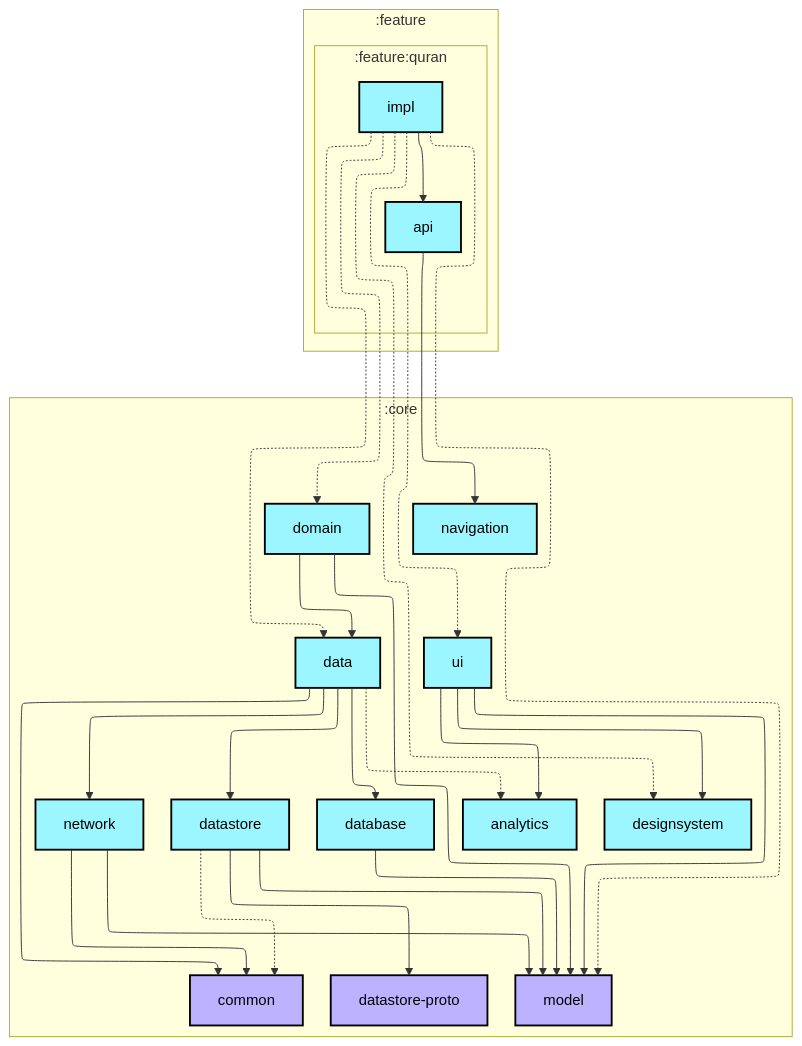
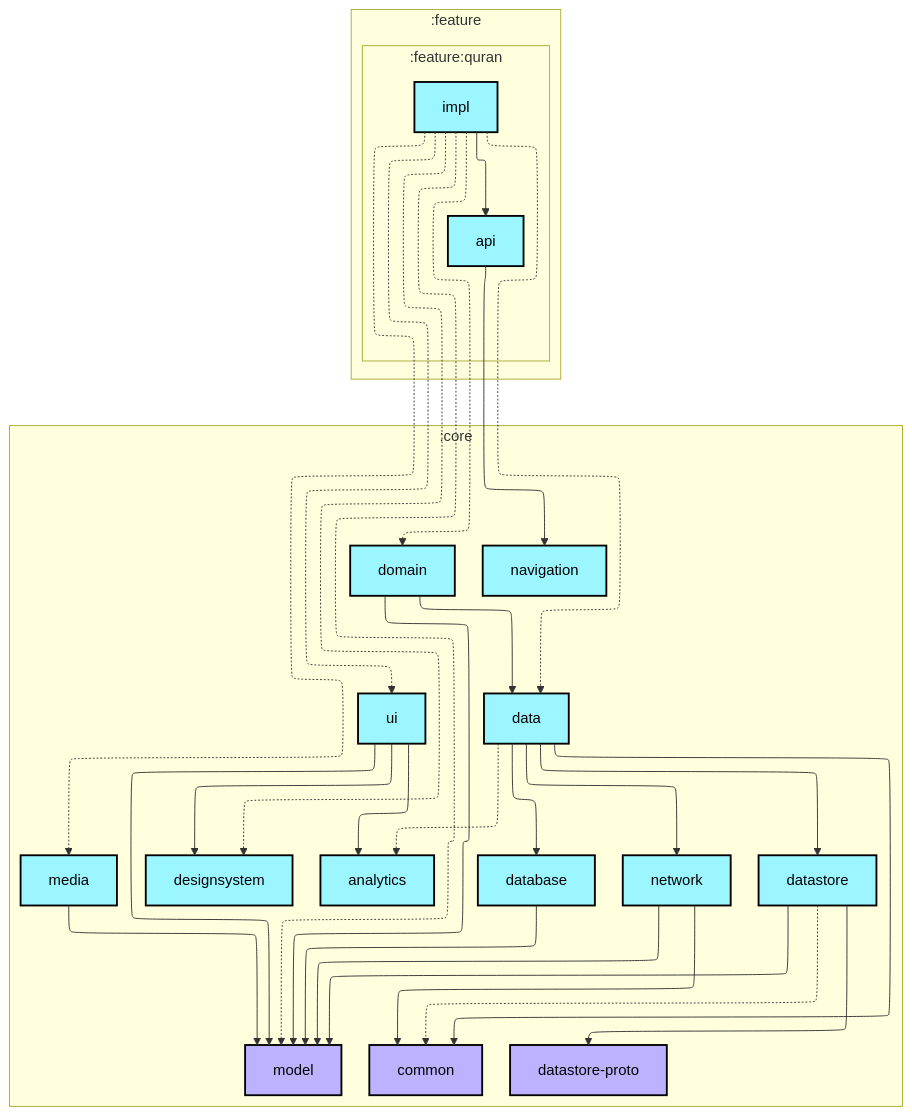
Before and after one commit to alfariesh/surau-android: the first of 2 diagrams in feature/quran/impl/README.md, drawn with Mermaid. The commit also changed 3 other files, not shown here.

Commit message:
Regenerate module dependency graphs for core:media

````diff
--- a/feature/quran/impl/README.md
+++ b/feature/quran/impl/README.md
@@ -6,63 +6,66 @@
 ```mermaid
 ---
 config:
   layout: elk
   elk:
     nodePlacementStrategy: SIMPLE
 ---
 graph TB
   subgraph :feature
     direction TB
     subgraph :feature:quran
       direction TB
       :feature:quran:api[api]:::android-library
       :feature:quran:impl[impl]:::android-library
     end
   end
   subgraph :core
     direction TB
     :core:analytics[analytics]:::android-library
     :core:common[common]:::jvm-library
     :core:data[data]:::android-library
     :core:database[database]:::android-library
     :core:datastore[datastore]:::android-library
     :core:datastore-proto[datastore-proto]:::jvm-library
     :core:designsystem[designsystem]:::android-library
     :core:domain[domain]:::android-library
+    :core:media[media]:::android-library
     :core:model[model]:::jvm-library
     :core:navigation[navigation]:::android-library
     :core:network[network]:::android-library
     :core:ui[ui]:::android-library
   end
 
   :core:data -.-> :core:analytics
   :core:data --> :core:common
   :core:data --> :core:database
   :core:data --> :core:datastore
   :core:data --> :core:network
   :core:database --> :core:model
   :core:datastore -.-> :core:common
   :core:datastore --> :core:datastore-proto
   :core:datastore --> :core:model
   :core:domain --> :core:data
   :core:domain --> :core:model
+  :core:media --> :core:model
   :core:network --> :core:common
   :core:network --> :core:model
   :core:ui --> :core:analytics
   :core:ui --> :core:designsystem
   :core:ui --> :core:model
   :feature:quran:api --> :core:navigation
   :feature:quran:impl -.-> :core:data
   :feature:quran:impl -.-> :core:designsystem
   :feature:quran:impl -.-> :core:domain
+  :feature:quran:impl -.-> :core:media
   :feature:quran:impl -.-> :core:model
   :feature:quran:impl -.-> :core:ui
   :feature:quran:impl --> :feature:quran:api
 
 classDef android-application fill:#CAFFBF,stroke:#000,stroke-width:2px,color:#000;
 classDef android-feature fill:#FFD6A5,stroke:#000,stroke-width:2px,color:#000;
 classDef android-library fill:#9BF6FF,stroke:#000,stroke-width:2px,color:#000;
 classDef android-test fill:#A0C4FF,stroke:#000,stroke-width:2px,color:#000;
 classDef jvm-library fill:#BDB2FF,stroke:#000,stroke-width:2px,color:#000;
 classDef unknown fill:#FFADAD,stroke:#000,stroke-width:2px,color:#000;
 ```
````
